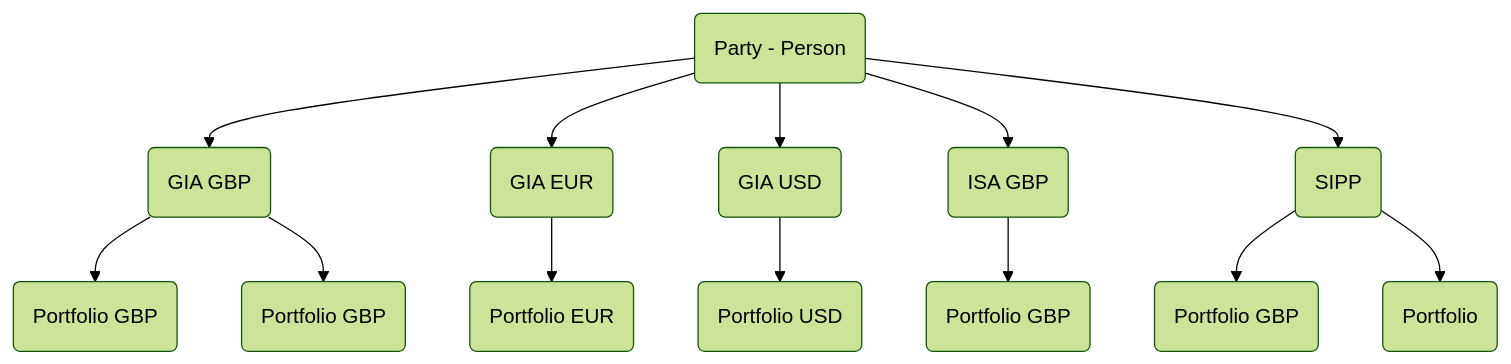
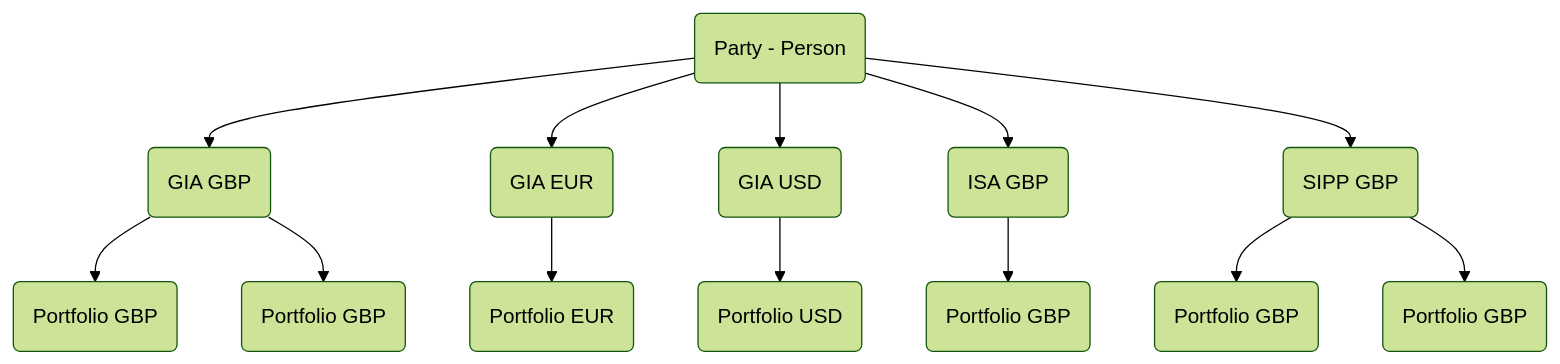
The first of 2 diagrams in docs/portfolios/Basics.md (wealthkernel/api-documentation-guides), drawn with Mermaid (forest theme) before and after one commit.

````diff
--- a/docs/portfolios/Basics.md
+++ b/docs/portfolios/Basics.md
@@ -14,10 +14,10 @@
 ```mermaid
 flowchart TD
     A(Party - Person) --> B(GIA GBP) --> G(Portfolio GBP)
     B(GIA GBP) --> H(Portfolio GBP)
     A(Party - Person) --> C(GIA EUR) --> I(Portfolio EUR)
     A(Party - Person) --> D(GIA USD) --> J(Portfolio USD)
     A(Party - Person) --> E(ISA GBP) --> K(Portfolio GBP)
     A(Party - Person) --> F(SIPP GBP) --> L(Portfolio GBP)
-    F(SIPP) --> M(Portfolio)
+    F(SIPP GBP) --> M(Portfolio GBP)
 ```
````
